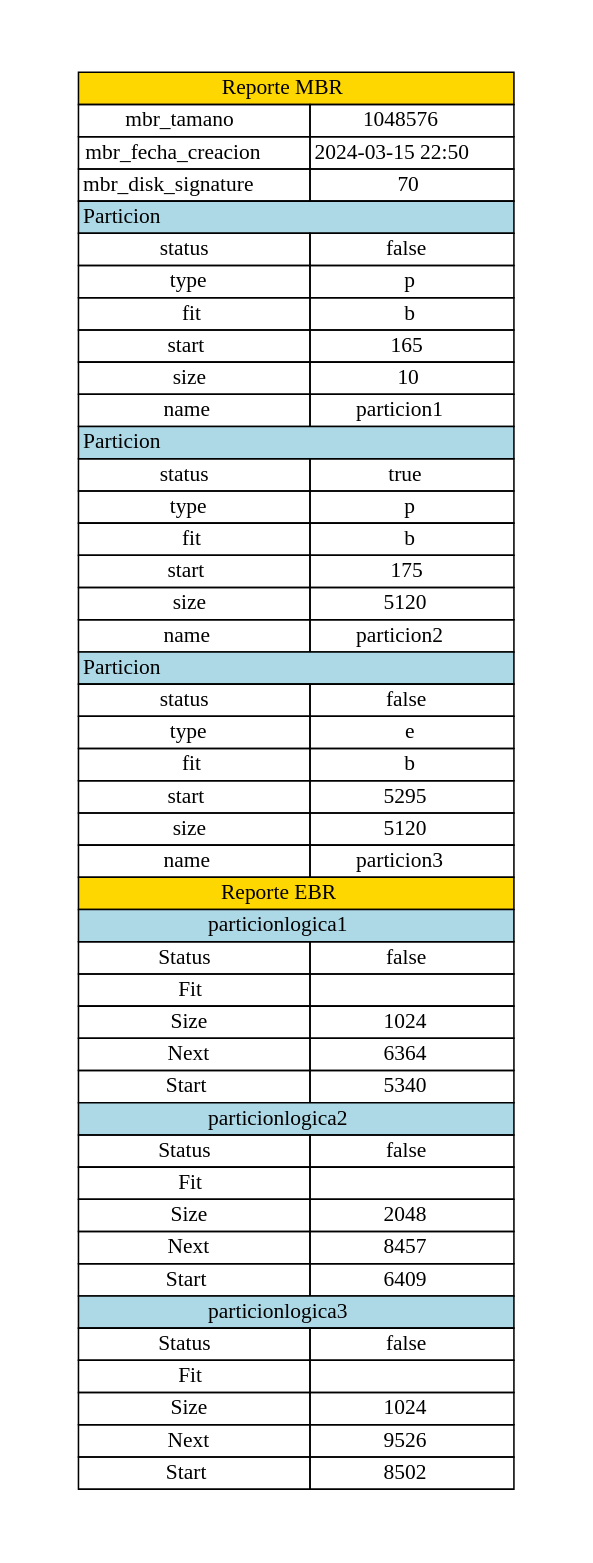
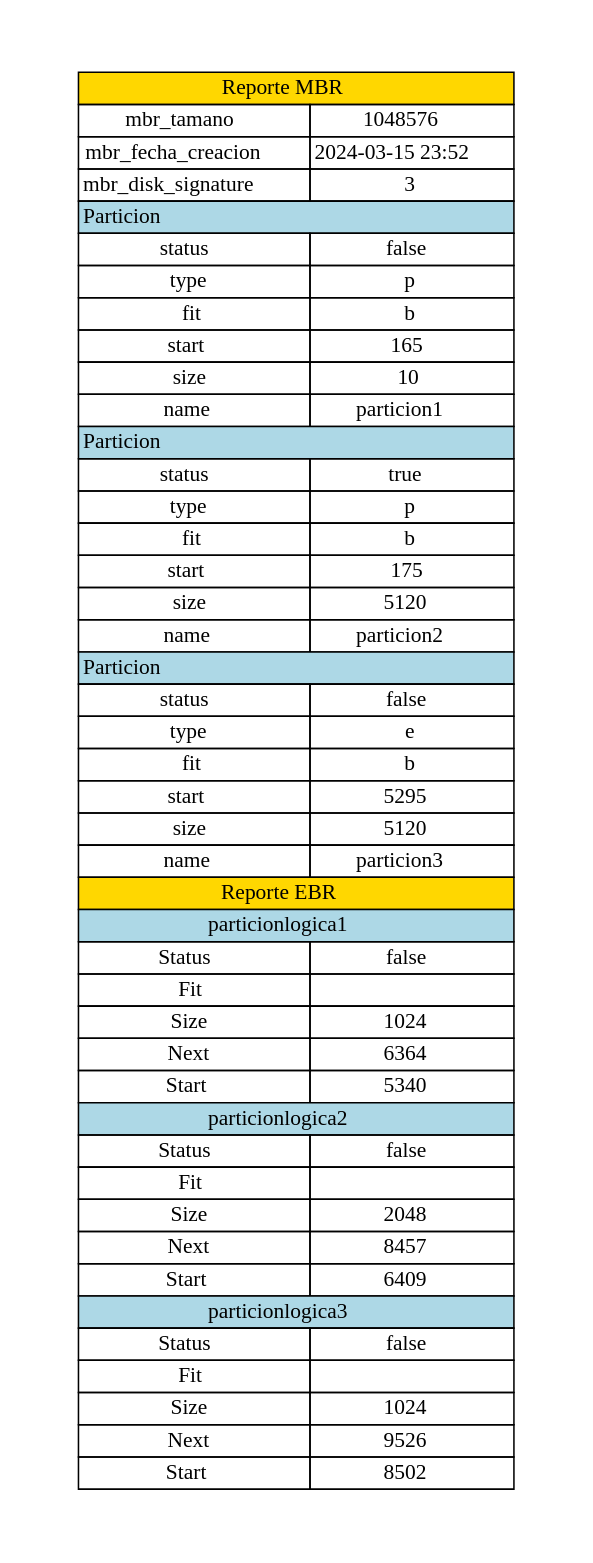
One commit to LuisReal/MIA_P1_201313965 changed the diagram in mbr.dot. Above: the diagram before and after it, drawn with Graphviz. The commit also changed 2 other files, not shown here.

Commit message:
creando Reporte disk
codigo para crear reportes de disk

```diff
--- a/mbr.dot
+++ b/mbr.dot
@@ -1,20 +1,20 @@
 digraph H {
 			graph [pad="0.5", nodesep="0.5", ranksep="1"];
 			node [shape=plaintext]
 			rankdir=LR;label=<
-				<table  border="0" cellborder="1" cellspacing="0"><tr><td colspan="3" style="filled" bgcolor="#FFD700"  port='1'>Reporte MBR</td></tr><tr><td>mbr_tamano</td><td port='2'>1048576</td></tr><tr><td>mbr_fecha_creacion</td><td port='3'>2024-03-15 22:50</td></tr><tr><td>mbr_disk_signature </td><td port='4'>70</td></tr>
+				<table  border="0" cellborder="1" cellspacing="0"><tr><td colspan="3" style="filled" bgcolor="#FFD700"  port='1'>Reporte MBR</td></tr><tr><td>mbr_tamano</td><td port='2'>1048576</td></tr><tr><td>mbr_fecha_creacion</td><td port='3'>2024-03-15 23:52</td></tr><tr><td>mbr_disk_signature </td><td port='4'>3</td></tr>
 
 				<tr><td colspan="3" align="left" style="filled" bgcolor="lightblue" port='5'>Particion</td></tr><tr><td>status</td><td port='6'>false</td></tr><tr><td>type</td><td port='7'>p</td></tr><tr><td>fit</td><td port='8'>b</td></tr><tr><td>start</td><td port='9'>165</td></tr><tr><td>size</td><td port='10'>10</td></tr>
 
 				<tr><td>name</td><td port='11'>particion1</td></tr>
 
 				<tr><td colspan="3" align="left" style="filled" bgcolor="lightblue" port='12'>Particion</td></tr><tr><td>status</td><td port='13'>true</td></tr><tr><td>type</td><td port='14'>p</td></tr><tr><td>fit</td><td port='15'>b</td></tr><tr><td>start</td><td port='16'>175</td></tr><tr><td>size</td><td port='17'>5120</td></tr>
 
 				<tr><td>name</td><td port='18'>particion2</td></tr>
 
 				<tr><td colspan="3" align="left" style="filled" bgcolor="lightblue" port='19'>Particion</td></tr><tr><td>status</td><td port='20'>false</td></tr><tr><td>type</td><td port='21'>e</td></tr><tr><td>fit</td><td port='22'>b</td></tr><tr><td>start</td><td port='23'>5295</td></tr><tr><td>size</td><td port='24'>5120</td></tr>
 
 				<tr><td>name</td><td port='25'>particion3</td></tr>
 
 				<tr><td colspan="3" style="filled" bgcolor="#FFD700" port='1'> Reporte EBR</td></tr><tr><td colspan="3" style="filled" bgcolor="lightblue" port='2'>particionlogica1</td></tr><tr><td>Status</td><td port='3'>false</td></tr><tr><td>Fit</td><td port='4'></td></tr><tr><td>Size</td><td port='5'>1024</td></tr><tr><td>Next</td><td port='6'>6364</td></tr><tr><td>Start</td><td port='7'>5340</td></tr><tr><td colspan="3" style="filled" bgcolor="lightblue" port='8'>particionlogica2</td></tr><tr><td>Status</td><td port='9'>false</td></tr><tr><td>Fit</td><td port='10'></td></tr><tr><td>Size</td><td port='11'>2048</td></tr><tr><td>Next</td><td port='12'>8457</td></tr><tr><td>Start</td><td port='13'>6409</td></tr><tr><td colspan="3" style="filled" bgcolor="lightblue" port='14'>particionlogica3</td></tr><tr><td>Status</td><td port='15'>false</td></tr><tr><td>Fit</td><td port='16'></td></tr><tr><td>Size</td><td port='17'>1024</td></tr><tr><td>Next</td><td port='18'>9526</td></tr><tr><td>Start</td><td port='19'>8502</td></tr></table>
 				>}
```
